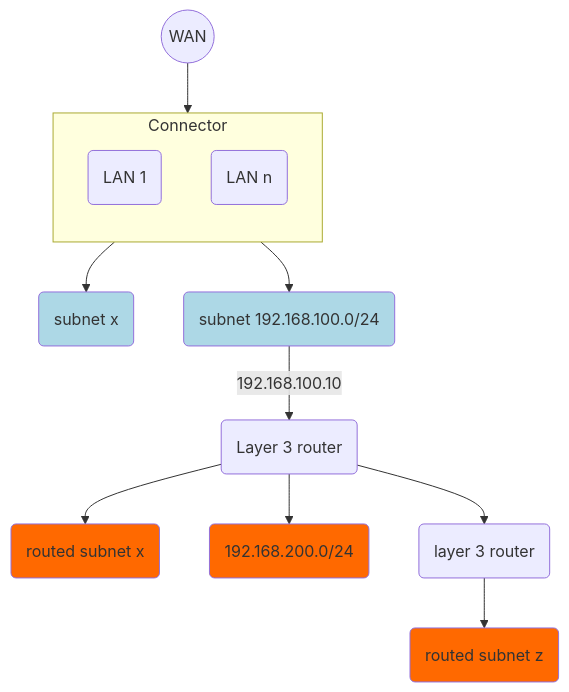
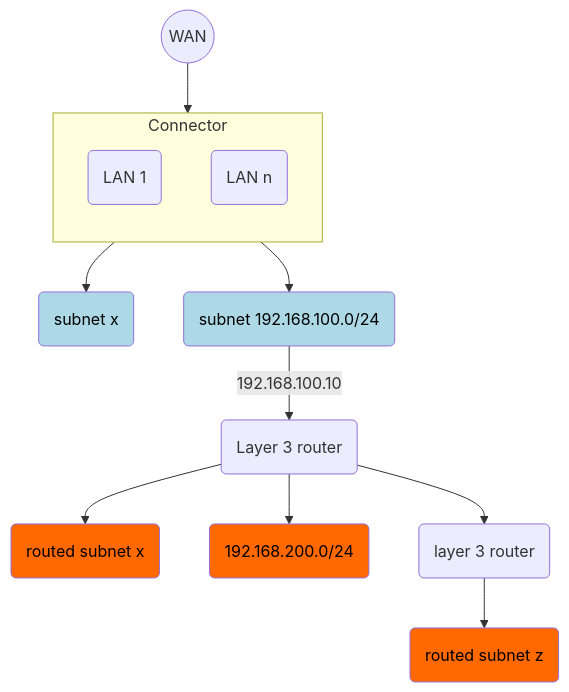
Before and after one commit to cloudflare/cloudflare-docs: the diagram in content/magic-wan/configuration/connector/network-options/routed-subnets.md, drawn with Mermaid.

Commit message:
refined graph color

````diff
--- a/content/magic-wan/configuration/connector/network-options/routed-subnets.md
+++ b/content/magic-wan/configuration/connector/network-options/routed-subnets.md
@@ -16,26 +16,26 @@
 ```mermaid
 flowchart TB
 accTitle: Routed subnets
 accDescr: Some LANs are complex, and might have additional subnets behind L3 routers.
 
 a((WAN)) --> b
 
 subgraph b [Connector]
 direction TB
 c(LAN 1)
 d(LAN n)
 end
 
 c --> e(subnet x):::blue
 d --> f(subnet 192.168.100.0/24):::blue
 
 f-->|192.168.100.10|g(Layer 3 router)
 
 g --> h(routed subnet x):::red
 g --> i(192.168.200.0/24):::red
 g --> j(layer 3 router)
 j --> k(routed subnet z):::red
 
-classDef blue fill:#add8e6
-classDef red fill:#ff6900
+classDef blue fill:#add8e6,color: black
+classDef red fill:#ff6900,color: black
 ```
````
